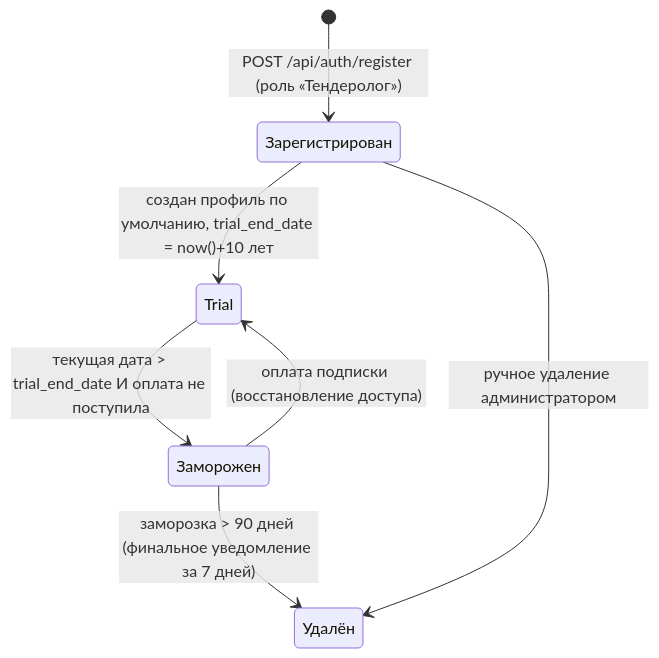
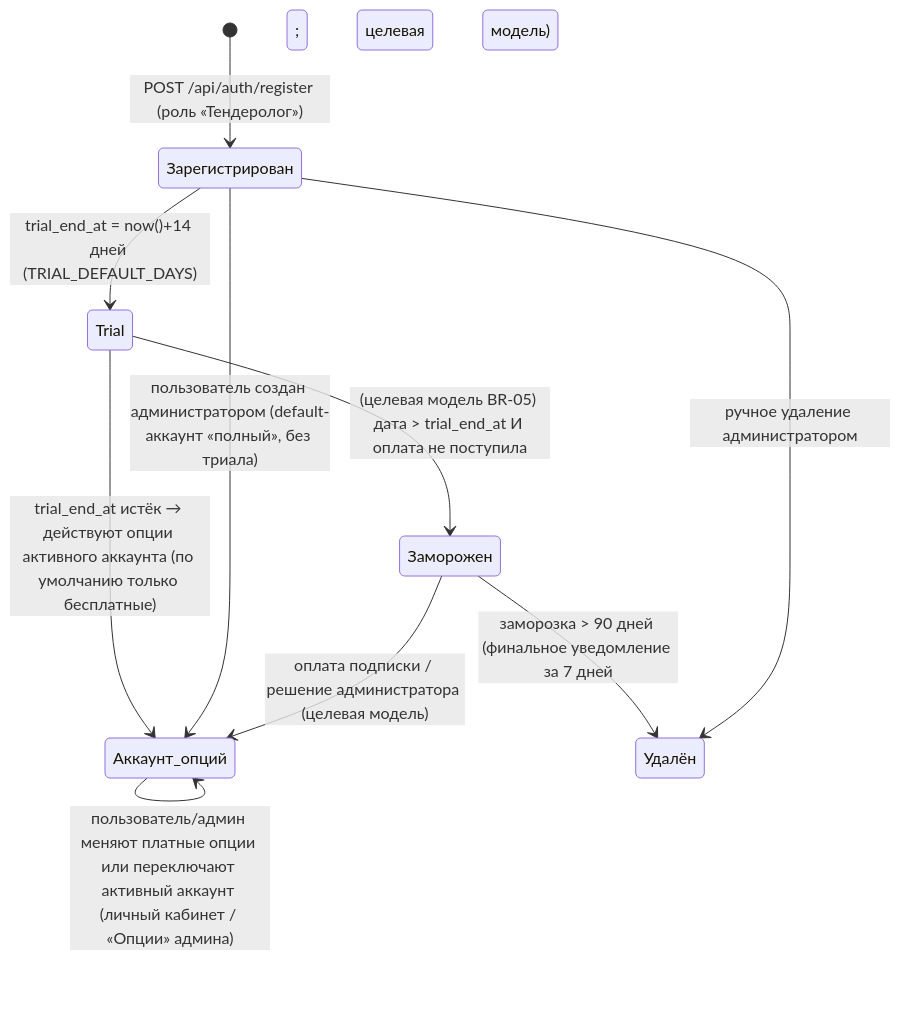
Before and after one commit to igorvolk1961/zakupki_parser: the second of 2 diagrams in docs/system_analysis/05_Diagrams/02_lifecycle_diagram.md, drawn with Mermaid. The commit also changed other lines of this file and 11 other files, not shown here.

First line of the commit message:
docs(system-analysis): user stories Эпика 10 и синхронизация артефактов (аккаунты/опции, триал 14 дней)

````diff
--- a/docs/system_analysis/05_Diagrams/02_lifecycle_diagram.md
+++ b/docs/system_analysis/05_Diagrams/02_lifecycle_diagram.md
@@ -54,11 +54,15 @@
 ```mermaid
 stateDiagram-v2
     [*] --> Зарегистрирован: POST /api/auth/register (роль «Тендеролог»)
 
-    Зарегистрирован --> Trial: создан профиль по умолчанию, trial_end_date = now()+10 лет
-    Trial --> Заморожен: текущая дата > trial_end_date И оплата не поступила
-    Заморожен --> Удалён: заморозка > 90 дней (финальное уведомление за 7 дней)
+    Зарегистрирован --> Trial: trial_end_at = now()+14 дней (TRIAL_DEFAULT_DAYS)
+    Trial --> Аккаунт_опций: trial_end_at истёк → действуют опции активного аккаунта (по умолчанию только бесплатные)
 
-    Заморожен --> Trial: оплата подписки (восстановление доступа)
+    Аккаунт_опций --> Аккаунт_опций: пользователь/админ меняют платные опции или переключают активный аккаунт (личный кабинет / «Опции» админа)
+    Зарегистрирован --> Аккаунт_опций: пользователь создан администратором (default-аккаунт «полный», без триала)
+
+    Trial --> Заморожен: (целевая модель BR-05) дата > trial_end_at И оплата не поступила
+    Заморожен --> Аккаунт_опций: оплата подписки / решение администратора (целевая модель)
+    Заморожен --> Удалён: заморозка > 90 дней (финальное уведомление за 7 дней; целевая модель)
     Зарегистрирован --> Удалён: ручное удаление администратором
 ```
````
